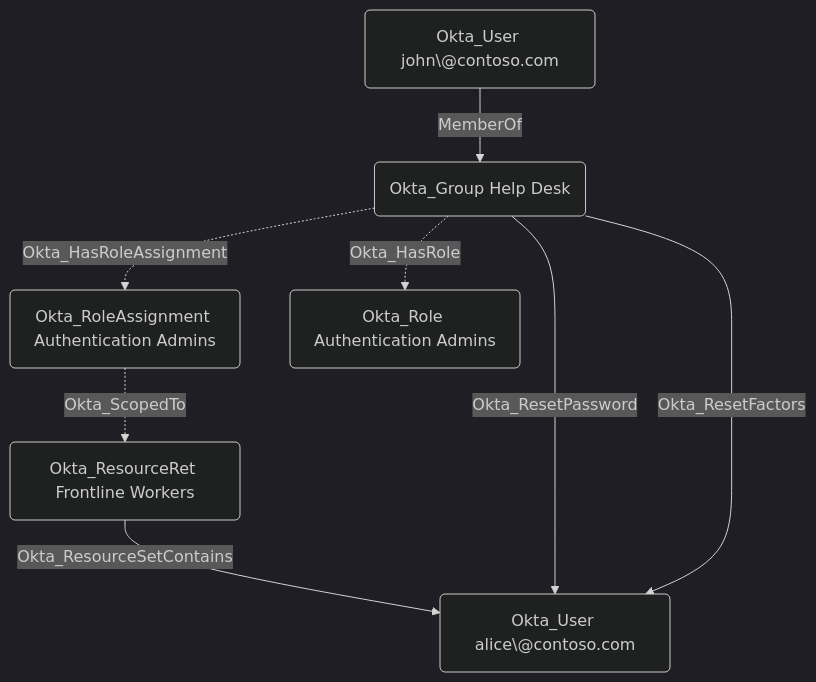
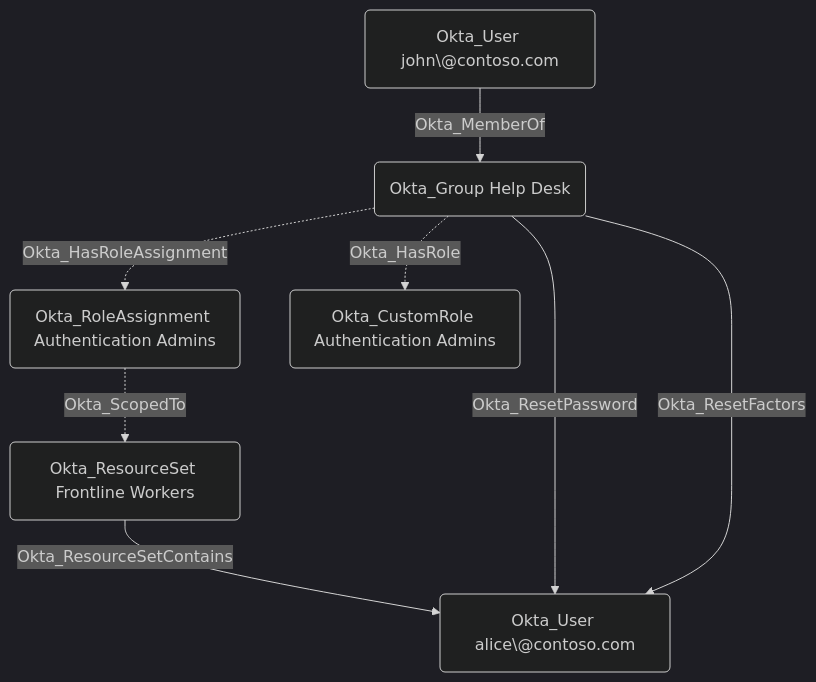
The second of 2 diagrams in docs/opengraph/extensions/oktahound/reference/edges/okta_resetpassword.mdx (SpecterOps/bloodhound-docs), drawn with Mermaid (dark theme) before and after one commit. The commit also changed other lines of this file, not shown here.

Commit message:
fix okta_resetpassword diagram

````diff
--- a/docs/opengraph/extensions/oktahound/reference/edges/okta_resetpassword.mdx
+++ b/docs/opengraph/extensions/oktahound/reference/edges/okta_resetpassword.mdx
@@ -34,16 +34,16 @@
 ```mermaid
 graph TD
     u1("Okta_User john\@contoso.com")
     u2("Okta_User alice\@contoso.com")
     g1("Okta_Group Help Desk")
-    rs("Okta_ResourceRet Frontline Workers")
+    rs("Okta_ResourceSet Frontline Workers")
     a("Okta_RoleAssignment Authentication Admins")
-    r("Okta_Role Authentication Admins")
+    r("Okta_CustomRole Authentication Admins")
     g1 -. Okta_HasRole .-> r
     a -. Okta_ScopedTo .-> rs
     g1 -. Okta_HasRoleAssignment .-> a
     rs -- Okta_ResourceSetContains --> u2
-    u1 -- MemberOf -->  g1
+    u1 -- Okta_MemberOf --> g1
     g1 -- Okta_ResetPassword --> u2
     g1 -- Okta_ResetFactors --> u2
 ```
````
